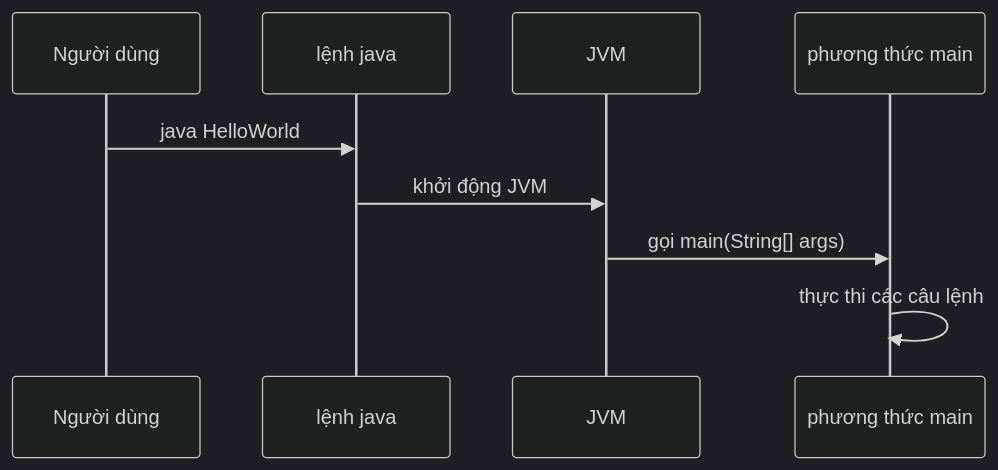
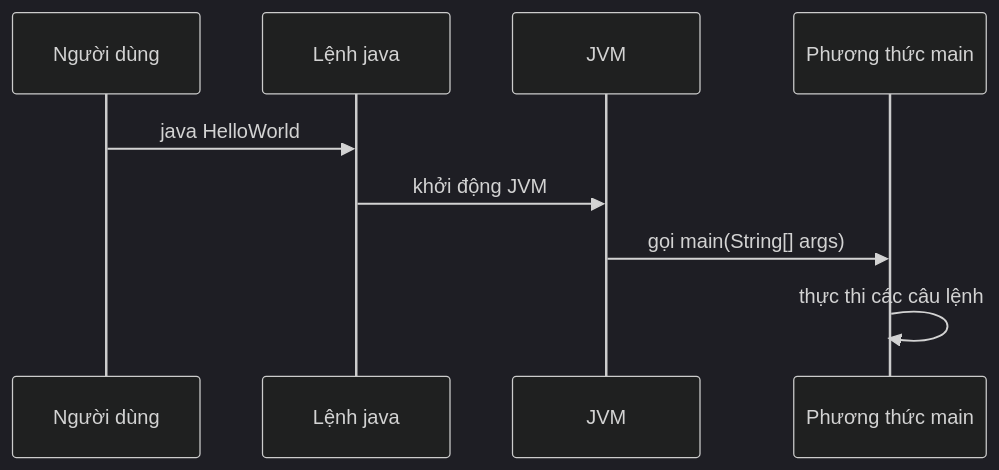
The second of 2 diagrams in vi/02-basic-syntax/theory/02-main-method.md (PhuThien2005/theoretical-of-java-core), drawn with Mermaid (dark theme) before and after one commit. The commit also changed other lines of this file and 229 other files, not shown here.

````diff
--- a/vi/02-basic-syntax/theory/02-main-method.md
+++ b/vi/02-basic-syntax/theory/02-main-method.md
@@ -123,12 +115,12 @@
 ```mermaid
 sequenceDiagram
     participant User as Người dùng
-    participant Java as lệnh java
-    participant JVM as JVM
-    participant Main as phương thức main
+    participant Java as Lệnh java
+    participant JVM
+    participant Main as Phương thức main
 
     User->>Java: java HelloWorld
     Java->>JVM: khởi động JVM
     JVM->>Main: gọi main(String[] args)
     Main->>Main: thực thi các câu lệnh
 ```
````
